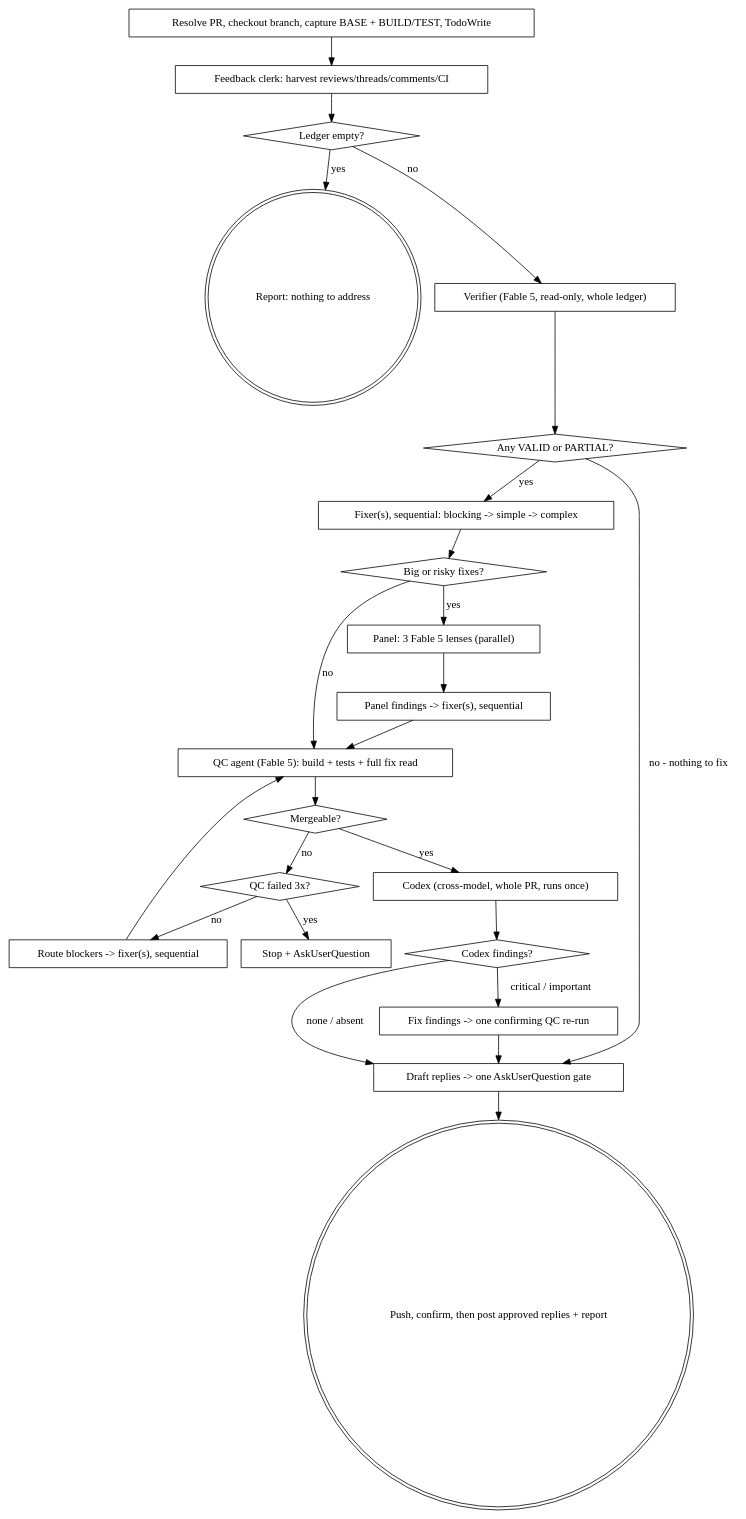
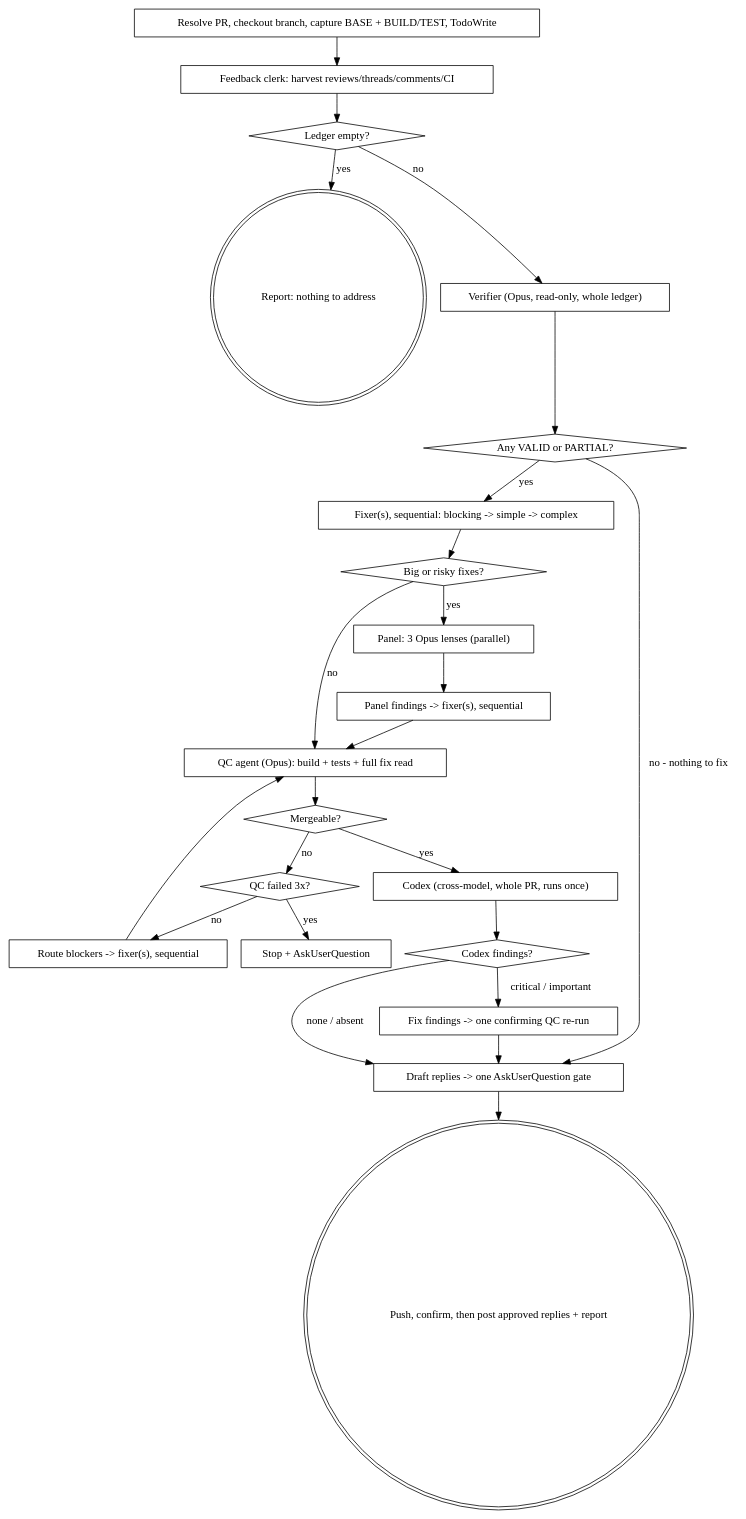
One commit to PythonShe/Repertoire changed the diagram in skills/coda/SKILL.md. Above: the diagram before and after it, drawn with Graphviz. The commit also changed other lines of this file and 38 other files, not shown here.

First line of the commit message:
feat: retune every subagent seat to Opus at xhigh — Fable 5 suspended by export order

````diff
--- a/skills/coda/SKILL.md
+++ b/skills/coda/SKILL.md
@@ -82,47 +82,47 @@
 ```dot
 digraph coda {
     rankdir=TB;
     "Resolve PR, checkout branch, capture BASE + BUILD/TEST, TodoWrite" [shape=box];
     "Feedback clerk: harvest reviews/threads/comments/CI" [shape=box];
     "Ledger empty?" [shape=diamond];
     "Report: nothing to address" [shape=doublecircle];
-    "Verifier (Fable 5, read-only, whole ledger)" [shape=box];
+    "Verifier (Opus, read-only, whole ledger)" [shape=box];
     "Any VALID or PARTIAL?" [shape=diamond];
     "Fixer(s), sequential: blocking -> simple -> complex" [shape=box];
     "Big or risky fixes?" [shape=diamond];
-    "Panel: 3 Fable 5 lenses (parallel)" [shape=box];
+    "Panel: 3 Opus lenses (parallel)" [shape=box];
     "Panel findings -> fixer(s), sequential" [shape=box];
-    "QC agent (Fable 5): build + tests + full fix read" [shape=box];
+    "QC agent (Opus): build + tests + full fix read" [shape=box];
     "Mergeable?" [shape=diamond];
     "QC failed 3x?" [shape=diamond];
     "Route blockers -> fixer(s), sequential" [shape=box];
     "Codex (cross-model, whole PR, runs once)" [shape=box];
     "Codex findings?" [shape=diamond];
     "Fix findings -> one confirming QC re-run" [shape=box];
     "Draft replies -> one AskUserQuestion gate" [shape=box];
     "Push, confirm, then post approved replies + report" [shape=doublecircle];
     "Stop + AskUserQuestion" [shape=box];
 
     "Resolve PR, checkout branch, capture BASE + BUILD/TEST, TodoWrite" -> "Feedback clerk: harvest reviews/threads/comments/CI" -> "Ledger empty?";
     "Ledger empty?" -> "Report: nothing to address" [label="yes"];
-    "Ledger empty?" -> "Verifier (Fable 5, read-only, whole ledger)" [label="no"];
-    "Verifier (Fable 5, read-only, whole ledger)" -> "Any VALID or PARTIAL?";
+    "Ledger empty?" -> "Verifier (Opus, read-only, whole ledger)" [label="no"];
+    "Verifier (Opus, read-only, whole ledger)" -> "Any VALID or PARTIAL?";
     "Any VALID or PARTIAL?" -> "Draft replies -> one AskUserQuestion gate" [label="no - nothing to fix"];
     "Any VALID or PARTIAL?" -> "Fixer(s), sequential: blocking -> simple -> complex" [label="yes"];
     "Fixer(s), sequential: blocking -> simple -> complex" -> "Big or risky fixes?";
-    "Big or risky fixes?" -> "Panel: 3 Fable 5 lenses (parallel)" [label="yes"];
-    "Big or risky fixes?" -> "QC agent (Fable 5): build + tests + full fix read" [label="no"];
-    "Panel: 3 Fable 5 lenses (parallel)" -> "Panel findings -> fixer(s), sequential" -> "QC agent (Fable 5): build + tests + full fix read";
-    "QC agent (Fable 5): build + tests + full fix read" -> "Mergeable?";
+    "Big or risky fixes?" -> "Panel: 3 Opus lenses (parallel)" [label="yes"];
+    "Big or risky fixes?" -> "QC agent (Opus): build + tests + full fix read" [label="no"];
+    "Panel: 3 Opus lenses (parallel)" -> "Panel findings -> fixer(s), sequential" -> "QC agent (Opus): build + tests + full fix read";
+    "QC agent (Opus): build + tests + full fix read" -> "Mergeable?";
     "Mergeable?" -> "Codex (cross-model, whole PR, runs once)" [label="yes"];
     "Mergeable?" -> "QC failed 3x?" [label="no"];
     "QC failed 3x?" -> "Stop + AskUserQuestion" [label="yes"];
     "QC failed 3x?" -> "Route blockers -> fixer(s), sequential" [label="no"];
-    "Route blockers -> fixer(s), sequential" -> "QC agent (Fable 5): build + tests + full fix read";
+    "Route blockers -> fixer(s), sequential" -> "QC agent (Opus): build + tests + full fix read";
     "Codex (cross-model, whole PR, runs once)" -> "Codex findings?";
     "Codex findings?" -> "Draft replies -> one AskUserQuestion gate" [label="none / absent"];
     "Codex findings?" -> "Fix findings -> one confirming QC re-run" [label="critical / important"];
     "Fix findings -> one confirming QC re-run" -> "Draft replies -> one AskUserQuestion gate";
     "Draft replies -> one AskUserQuestion gate" -> "Push, confirm, then post approved replies + report";
 }
 ```
````
